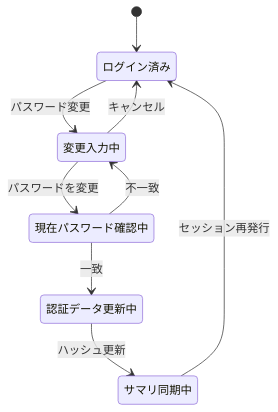
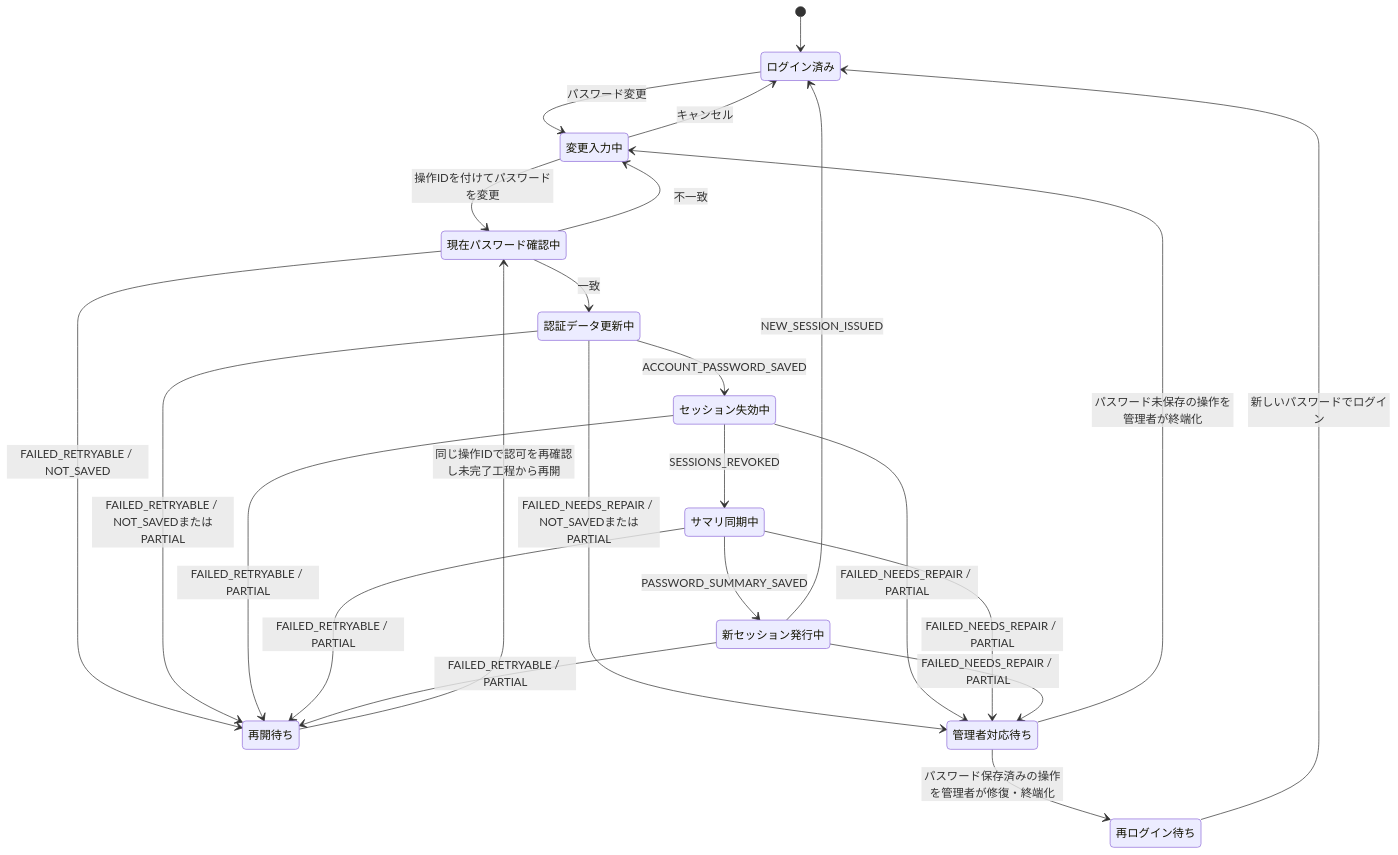
The seventh of 9 diagrams in .docx/Design.md (OgawaTatsukicreator/shift-submission), drawn with Mermaid before and after one commit. The commit also changed other lines of this file and 1 other file, not shown here.

````diff
--- a/.docx/Design.md
+++ b/.docx/Design.md
@@ -355,11 +669,26 @@
 ```mermaid
 stateDiagram-v2
   [*] --> ログイン済み
   ログイン済み --> 変更入力中: パスワード変更
   変更入力中 --> ログイン済み: キャンセル
-  変更入力中 --> 現在パスワード確認中: パスワードを変更
+  変更入力中 --> 現在パスワード確認中: 操作IDを付けてパスワードを変更
   現在パスワード確認中 --> 変更入力中: 不一致
   現在パスワード確認中 --> 認証データ更新中: 一致
-  認証データ更新中 --> サマリ同期中: ハッシュ更新
-  サマリ同期中 --> ログイン済み: セッション再発行
+  認証データ更新中 --> セッション失効中: ACCOUNT_PASSWORD_SAVED
+  セッション失効中 --> サマリ同期中: SESSIONS_REVOKED
+  サマリ同期中 --> 新セッション発行中: PASSWORD_SUMMARY_SAVED
+  新セッション発行中 --> ログイン済み: NEW_SESSION_ISSUED
+  現在パスワード確認中 --> 再開待ち: FAILED_RETRYABLE / NOT_SAVED
+  認証データ更新中 --> 再開待ち: FAILED_RETRYABLE / NOT_SAVEDまたはPARTIAL
+  セッション失効中 --> 再開待ち: FAILED_RETRYABLE / PARTIAL
+  サマリ同期中 --> 再開待ち: FAILED_RETRYABLE / PARTIAL
+  新セッション発行中 --> 再開待ち: FAILED_RETRYABLE / PARTIAL
+  認証データ更新中 --> 管理者対応待ち: FAILED_NEEDS_REPAIR / NOT_SAVEDまたはPARTIAL
+  セッション失効中 --> 管理者対応待ち: FAILED_NEEDS_REPAIR / PARTIAL
+  サマリ同期中 --> 管理者対応待ち: FAILED_NEEDS_REPAIR / PARTIAL
+  新セッション発行中 --> 管理者対応待ち: FAILED_NEEDS_REPAIR / PARTIAL
+  再開待ち --> 現在パスワード確認中: 同じ操作IDで認可を再確認し未完了工程から再開
+  管理者対応待ち --> 変更入力中: パスワード未保存の操作を管理者が終端化
+  管理者対応待ち --> 再ログイン待ち: パスワード保存済みの操作を管理者が修復・終端化
+  再ログイン待ち --> ログイン済み: 新しいパスワードでログイン
 ```
````
